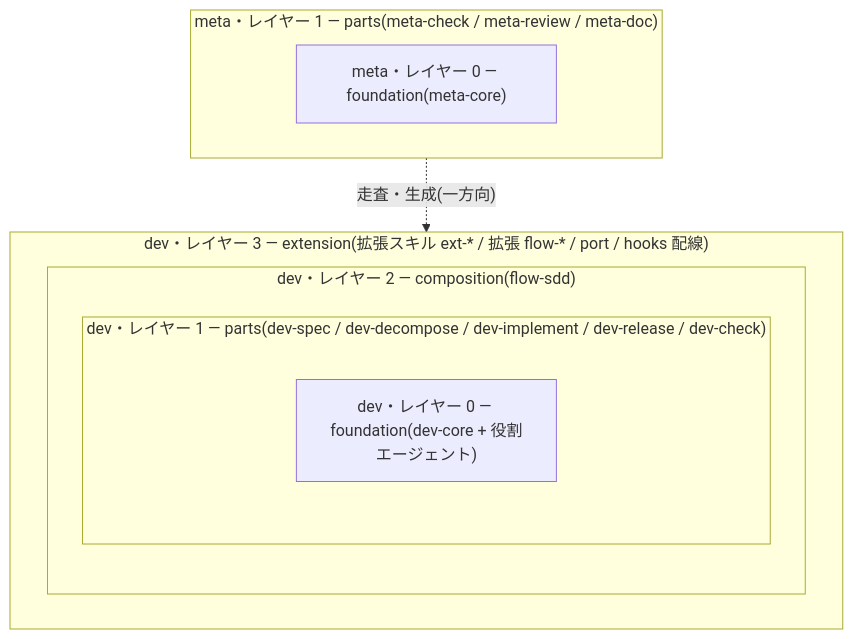
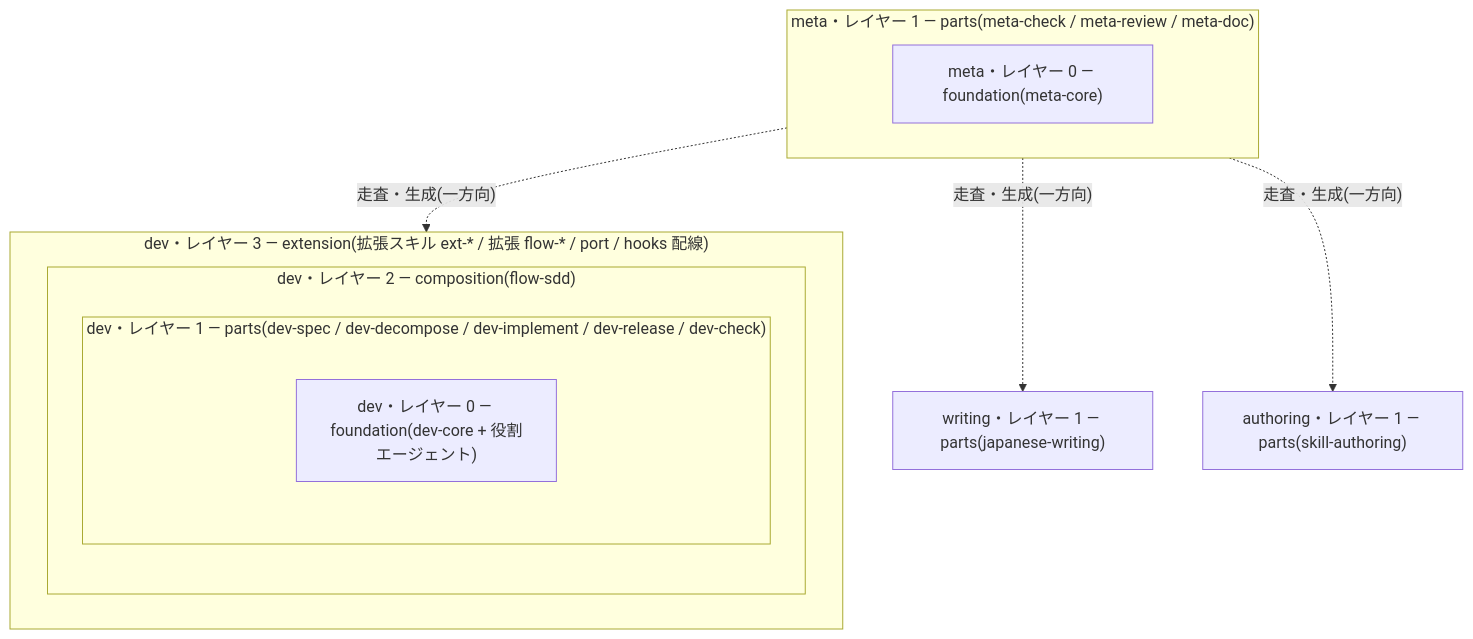
Before and after one commit to mosidas/dev-skills: the first of 3 diagrams in .meta/DESIGN.md, drawn with Mermaid. The commit also changed other lines of this file and 33 other files, not shown here.

````diff
--- a/.meta/DESIGN.md
+++ b/.meta/DESIGN.md
@@ -61,14 +63,18 @@
 ```mermaid
 flowchart TD
     subgraph D3["dev・レイヤー 3 — extension(拡張スキル ext-* / 拡張 flow-* / port / hooks 配線)"]
         subgraph D2["dev・レイヤー 2 — composition(flow-sdd)"]
             subgraph D1["dev・レイヤー 1 — parts(dev-spec / dev-decompose / dev-implement / dev-release / dev-check)"]
                 D0["dev・レイヤー 0 — foundation(dev-core + 役割エージェント)"]
             end
         end
     end
+    W1["writing・レイヤー 1 — parts(japanese-writing)"]
+    A1["authoring・レイヤー 1 — parts(skill-authoring)"]
     subgraph M1["meta・レイヤー 1 — parts(meta-check / meta-review / meta-doc)"]
         M0["meta・レイヤー 0 — foundation(meta-core)"]
     end
     M1 -. 走査・生成(一方向) .-> D3
+    M1 -. 走査・生成(一方向) .-> W1
+    M1 -. 走査・生成(一方向) .-> A1
 ```
````
